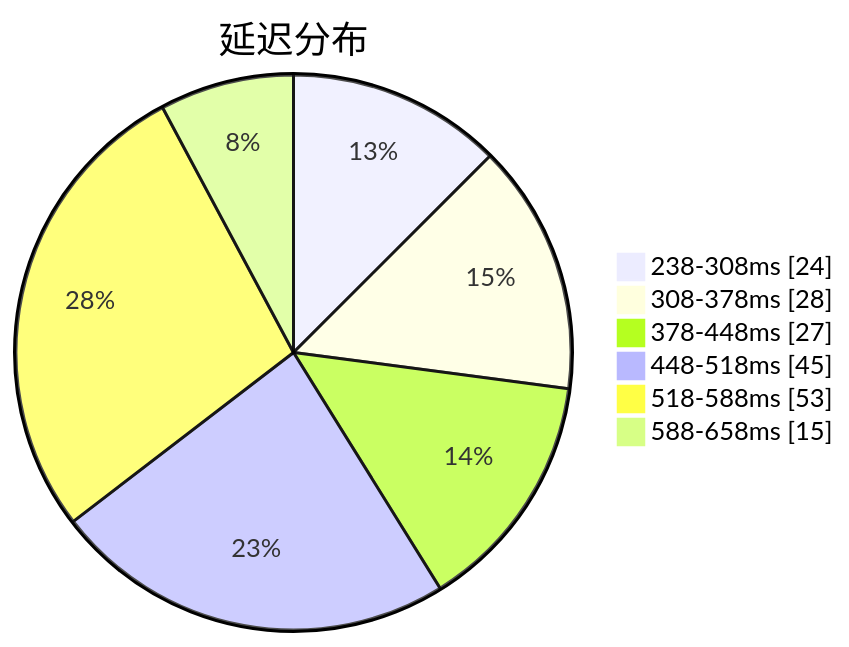
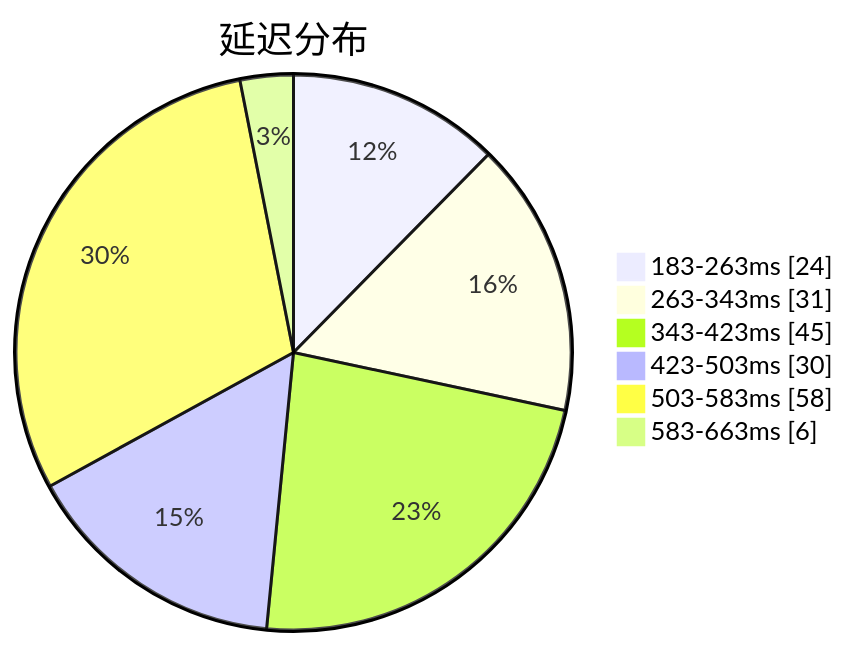
One commit to qjlxg/airport changed the first of 3 diagrams in subs/statistics/tested_within.md. Above: the diagram before and after it, drawn with Mermaid. The commit also changed other lines of this file and 2 other files, not shown here.

````diff
--- a/subs/statistics/tested_within.md
+++ b/subs/statistics/tested_within.md
@@ -2,10 +2,10 @@
 ```mermaid
 pie showData
 title 延迟分布
-"238-308ms" : 24
-"308-378ms" : 28
-"378-448ms" : 27
-"448-518ms" : 45
-"518-588ms" : 53
-"588-658ms" : 15
+"183-263ms" : 24
+"263-343ms" : 31
+"343-423ms" : 45
+"423-503ms" : 30
+"503-583ms" : 58
+"583-663ms" : 6
 ```
````
